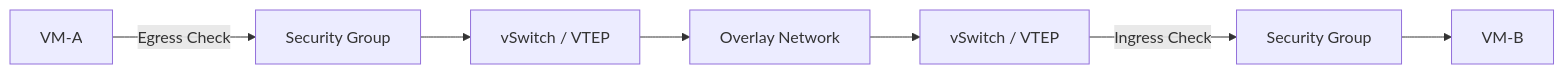
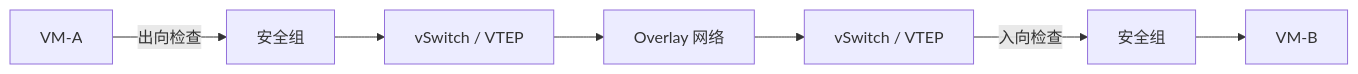
Before and after one commit to caozhiyi/network-book: the second of 5 diagrams in docs/10.谁来守门安全组与网络ACL.md, drawn with Mermaid. The commit also changed other lines of this file and 77 other files, not shown here.

````diff
--- a/docs/10.谁来守门安全组与网络ACL.md
+++ b/docs/10.谁来守门安全组与网络ACL.md
@@ -78,9 +80,9 @@
 ```mermaid
 graph LR
-    VM_A[VM-A] -->|Egress Check| SG_A[Security Group]
+    VM_A[VM-A] -->|出向检查| SG_A[安全组]
     SG_A --> vSwitch[vSwitch / VTEP]
-    vSwitch --> Network[Overlay Network]
+    vSwitch --> Network[Overlay 网络]
     Network --> vSwitch2[vSwitch / VTEP]
-    vSwitch2 -->|Ingress Check| SG_B[Security Group]
+    vSwitch2 -->|入向检查| SG_B[安全组]
     SG_B --> VM_B[VM-B]
 ```
````
